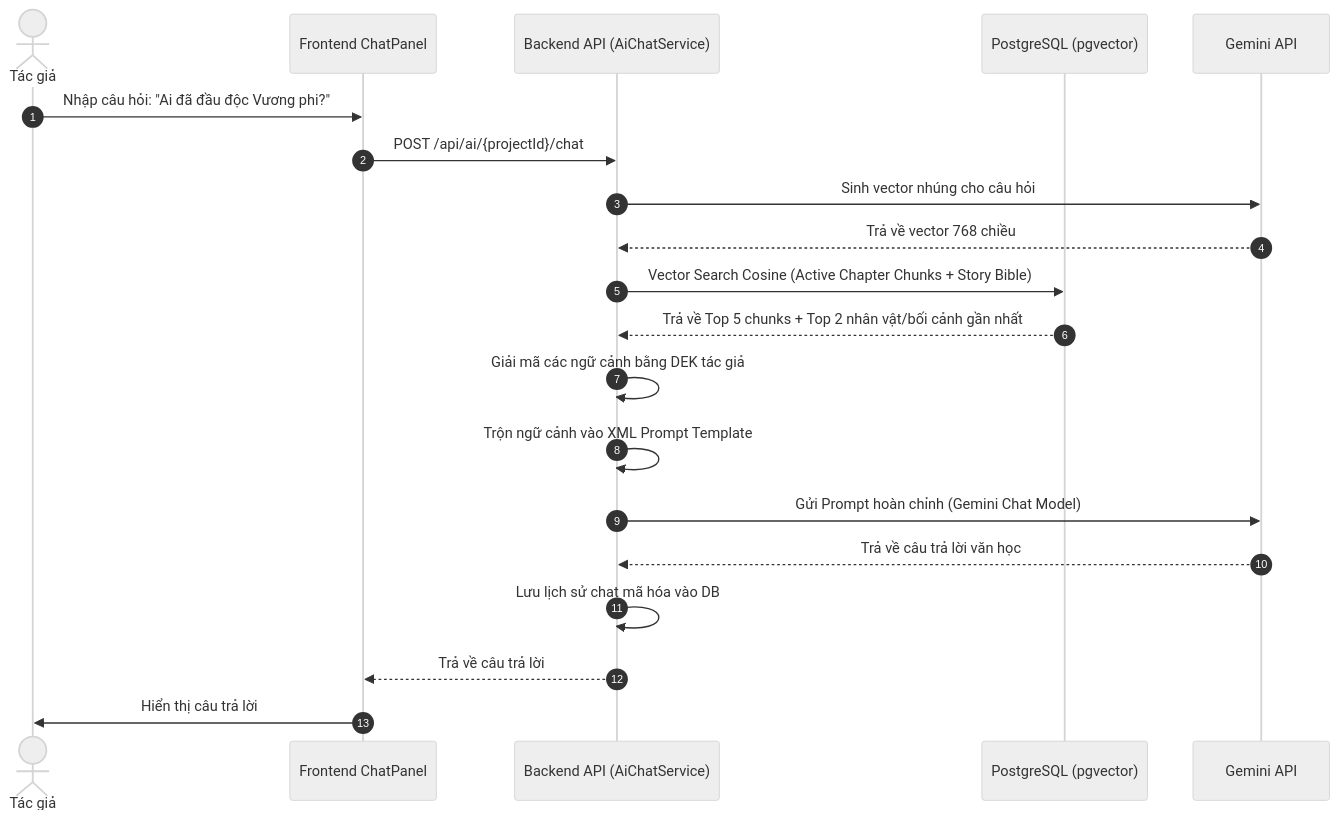
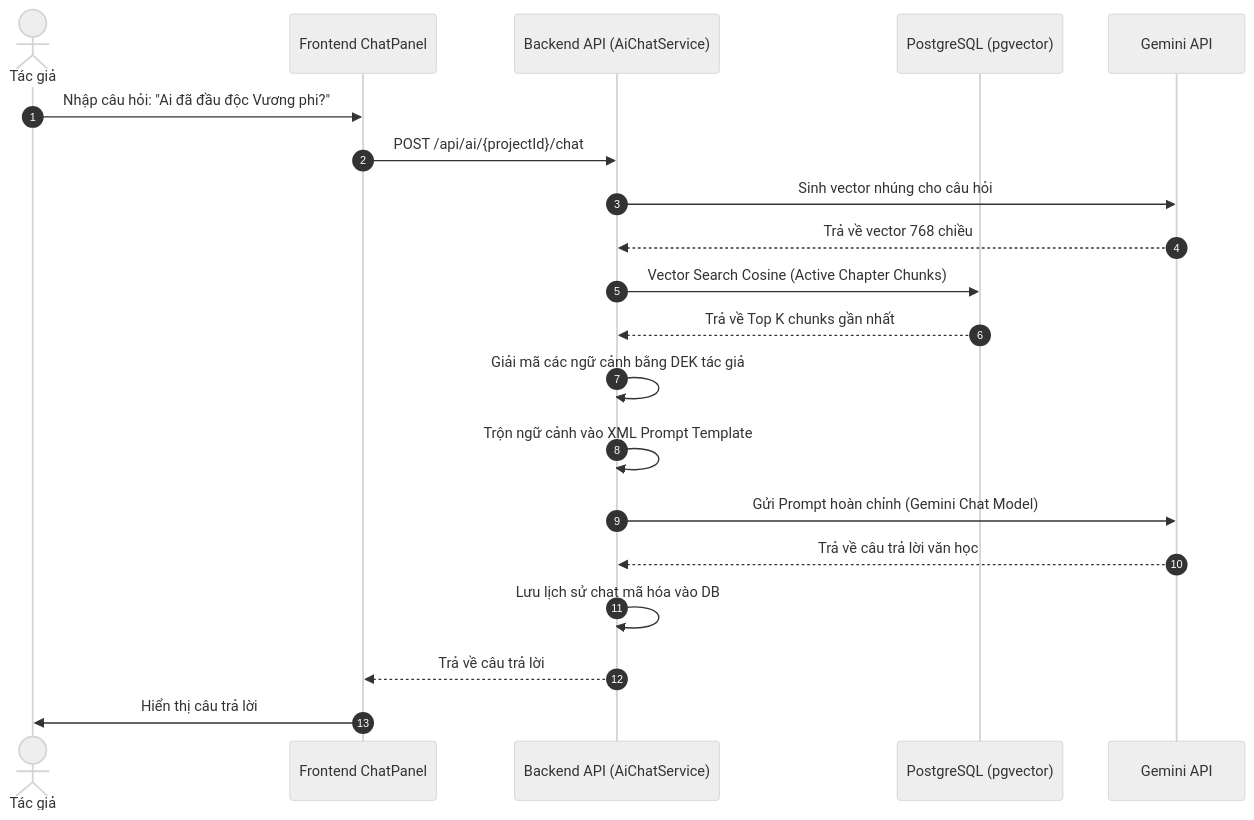
One commit to AntiHero2311/StoryRAG changed the fourth of 7 diagrams in Doc/SystemFlows.md. Above: the diagram before and after it, drawn with Mermaid (neutral theme). The commit also changed other lines of this file and 54 other files, not shown here.

````diff
--- a/Doc/SystemFlows.md
+++ b/Doc/SystemFlows.md
@@ -116,23 +115,23 @@
 ```mermaid
 sequenceDiagram
     autonumber
     actor User as Tác giả
     participant FE as Frontend ChatPanel
     participant BE as Backend API (AiChatService)
     participant DB as PostgreSQL (pgvector)
     participant AI as Gemini API
 
     User->>FE: Nhập câu hỏi: "Ai đã đầu độc Vương phi?"
     FE->>BE: POST /api/ai/{projectId}/chat
     BE->>AI: Sinh vector nhúng cho câu hỏi
     AI-->>BE: Trả về vector 768 chiều
-    BE->>DB: Vector Search Cosine (Active Chapter Chunks + Story Bible)
-    DB-->>BE: Trả về Top 5 chunks + Top 2 nhân vật/bối cảnh gần nhất
+    BE->>DB: Vector Search Cosine (Active Chapter Chunks)
+    DB-->>BE: Trả về Top K chunks gần nhất
     BE->>BE: Giải mã các ngữ cảnh bằng DEK tác giả
     BE->>BE: Trộn ngữ cảnh vào XML Prompt Template
     BE->>AI: Gửi Prompt hoàn chỉnh (Gemini Chat Model)
     AI-->>BE: Trả về câu trả lời văn học
     BE->>BE: Lưu lịch sử chat mã hóa vào DB
     BE-->>FE: Trả về câu trả lời
     FE->>User: Hiển thị câu trả lời
 ```
````
